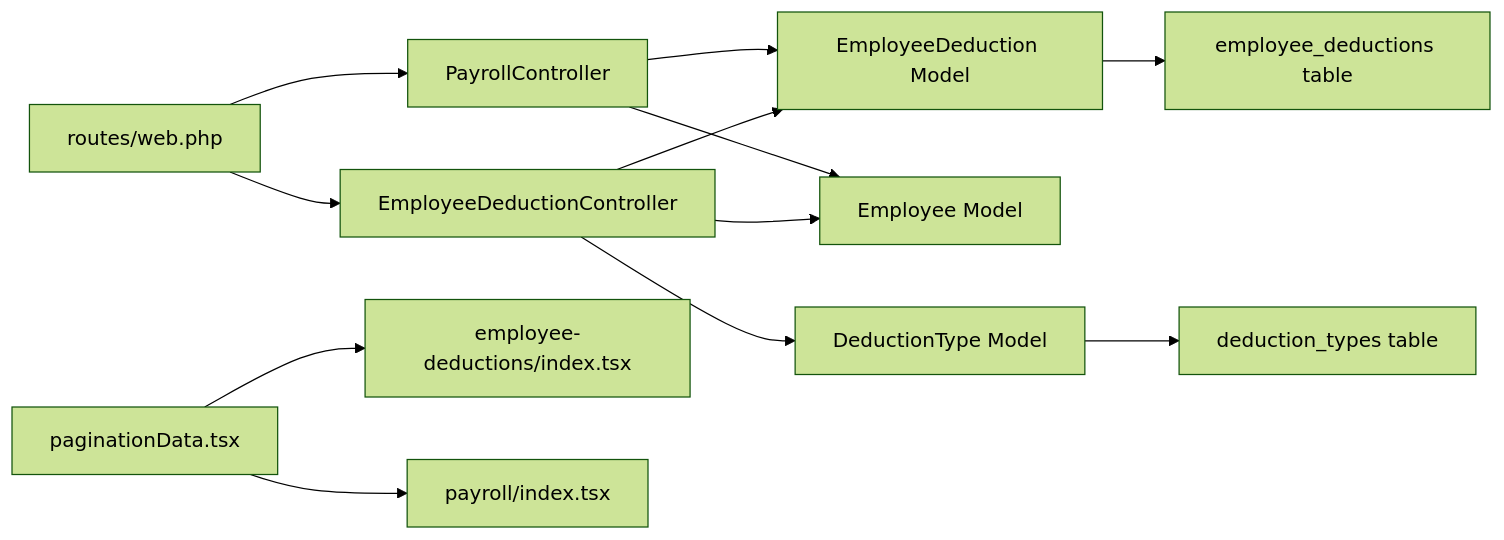
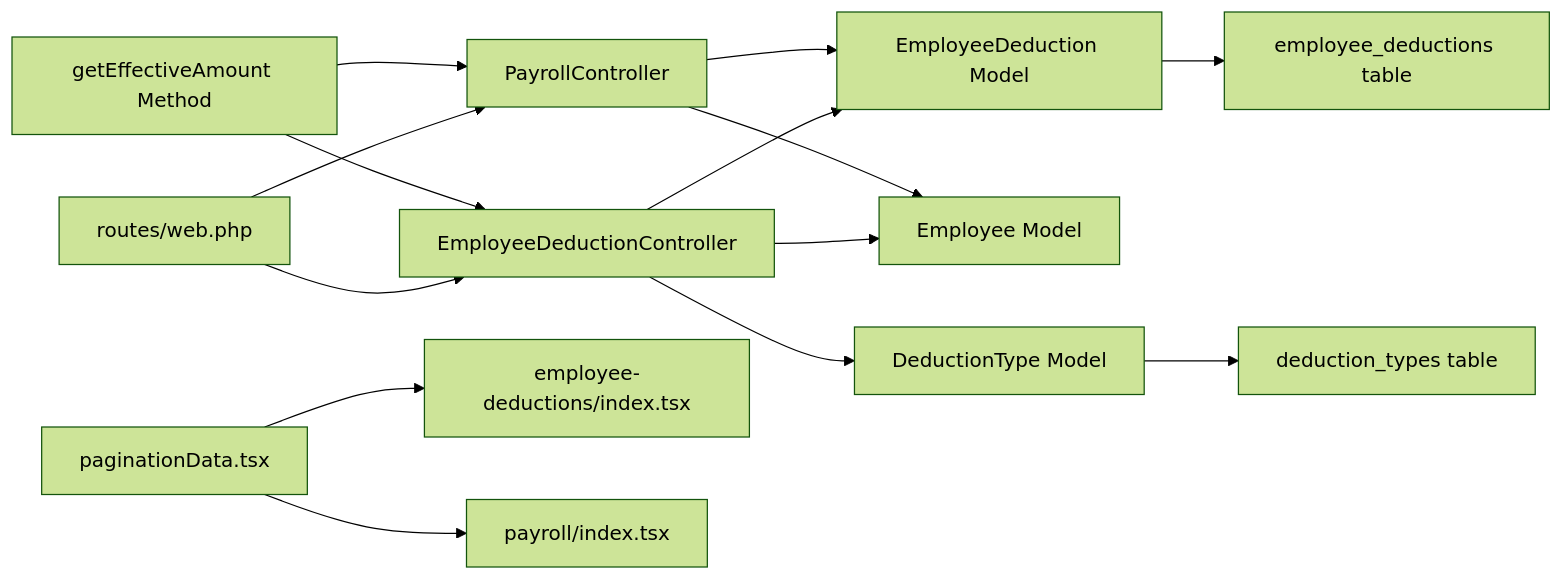
One commit to vincet0t15/template changed the eighth of 8 diagrams in .qoder/repowiki/en/content/Deduction Management/Employee Deduction Tracking.md. Above: the diagram before and after it, drawn with Mermaid (forest theme). The commit also changed other lines of this file and 11 other files, not shown here.

````diff
--- a/.qoder/repowiki/en/content/Deduction Management/Employee Deduction Tracking.md
+++ b/.qoder/repowiki/en/content/Deduction Management/Employee Deduction Tracking.md
@@ -416,14 +474,16 @@
 ```mermaid
 graph LR
 RT["routes/web.php"] --> EDC["EmployeeDeductionController"]
 RT --> PC["PayrollController"]
 EDC --> EDM["EmployeeDeduction Model"]
 EDC --> EM["Employee Model"]
 EDC --> DT["DeductionType Model"]
 PC --> EM
 PC --> EDM
 EDM --> DB["employee_deductions table"]
 DT --> DB2["deduction_types table"]
 PAG["paginationData.tsx"] --> IDX["employee-deductions/index.tsx"]
 PAG --> PIDX["payroll/index.tsx"]
+GETE["getEffectiveAmount Method"] --> EDC
+GETE --> PC
 ```
````
